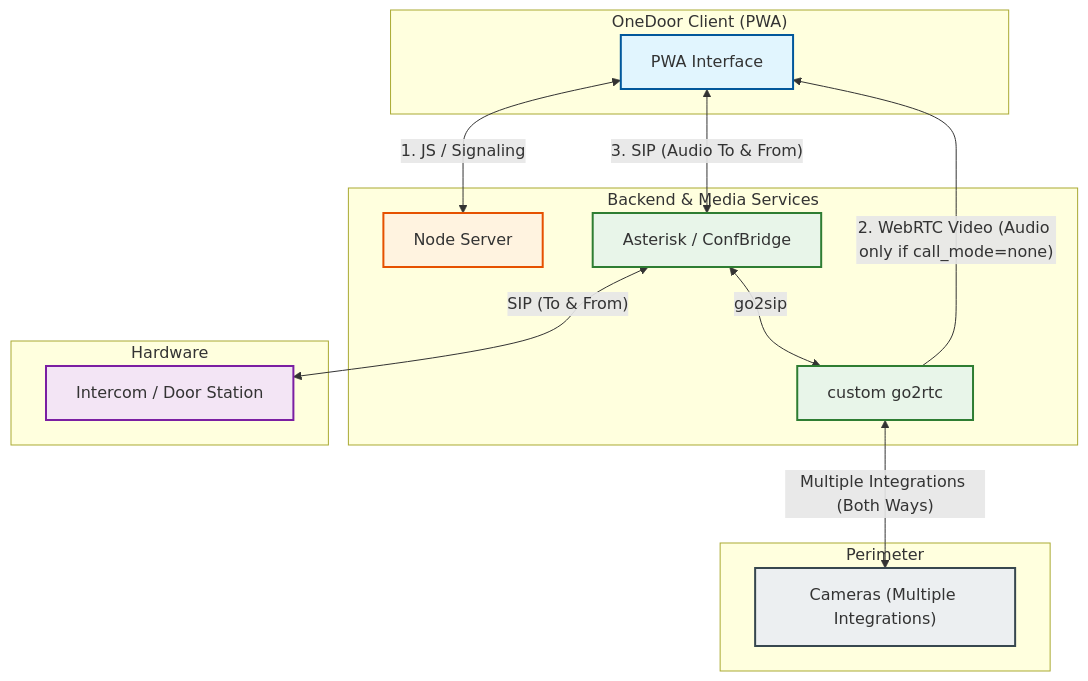
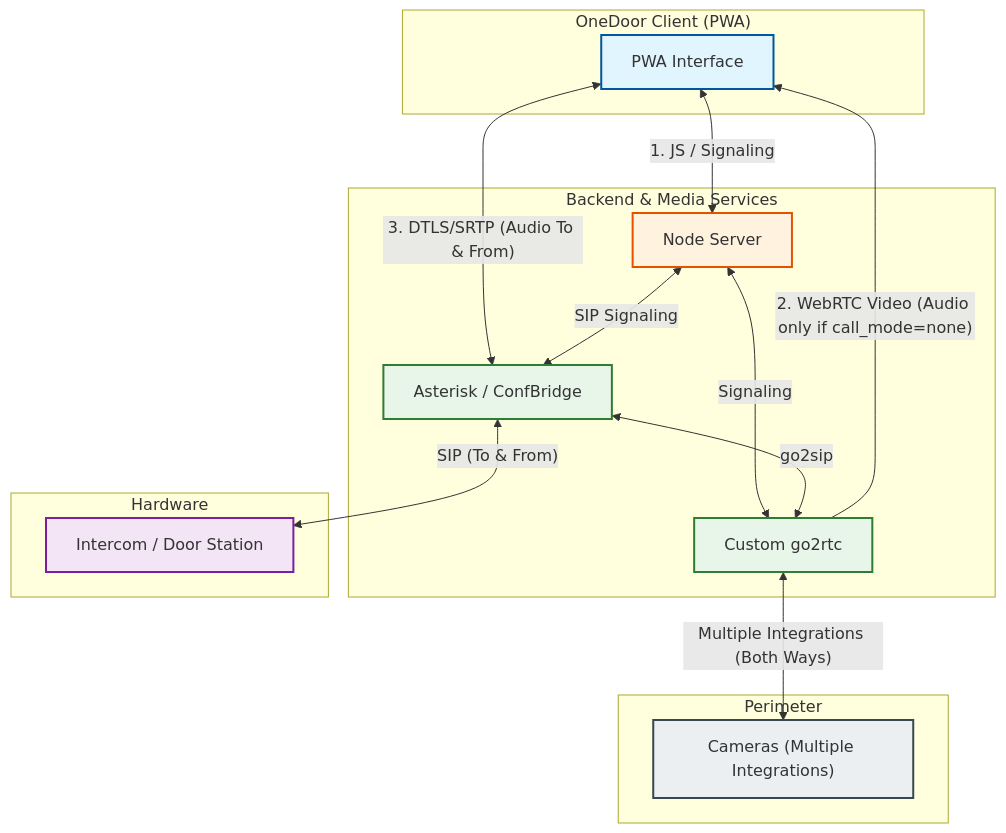
One commit to tylerransdell/onedoor changed the diagram in README.md. Above: the diagram before and after it, drawn with Mermaid.

Commit message:
Fix update connection descriptions

````diff
--- a/README.md
+++ b/README.md
@@ -98,40 +98,44 @@
 ```mermaid
 flowchart TD
     %% Styling
     classDef client fill:#e1f5fe,stroke:#01579b,stroke-width:2px;
     classDef backend fill:#fff3e0,stroke:#e65100,stroke-width:2px;
     classDef media fill:#e8f5e9,stroke:#2e7d32,stroke-width:2px;
     classDef hardware fill:#f3e5f5,stroke:#7b1fa2,stroke-width:2px;
     classDef camera fill:#eceff1,stroke:#37474f,stroke-width:2px;
 
     %% Components
     subgraph Client ["OneDoor Client (PWA)"]
         PWA["PWA Interface"]:::client
     end
 
     subgraph Backend ["Backend & Media Services"]
         Node["Node Server"]:::backend
         Asterisk["Asterisk / ConfBridge"]:::media
-        Go2RTC["custom go2rtc"]:::media
+        Go2RTC["Custom go2rtc"]:::media
     end
 
     subgraph Intercom ["Hardware"]
         DoorStation["Intercom / Door Station"]:::hardware
     end
 
     subgraph Cameras ["Perimeter"]
         CamSys["Cameras (Multiple Integrations)"]:::camera
     end
 
     %% PWA Connections
     PWA <-->|"1. JS / Signaling"| Node
     Go2RTC -->|"2. WebRTC Video (Audio only if call_mode=none)"| PWA
-    PWA <-->|"3. SIP (Audio To & From)"| Asterisk
+    PWA <-->|"3. DTLS/SRTP (Audio To & From)"| Asterisk
 
-    %% Backend/Asterisk Connections
+    %% Signaling (Node to Media Services)
+    Node <-->|"SIP Signaling"| Asterisk
+    Node <-->|"Signaling"| Go2RTC
+
+    %% Media / Backend Connections
     Asterisk <-->|"go2sip"| Go2RTC
     Asterisk <-->|"SIP (To & From)"| DoorStation
 
     %% Camera Connections
     Go2RTC <-->|"Multiple Integrations (Both Ways)"| CamSys
 ```
````
